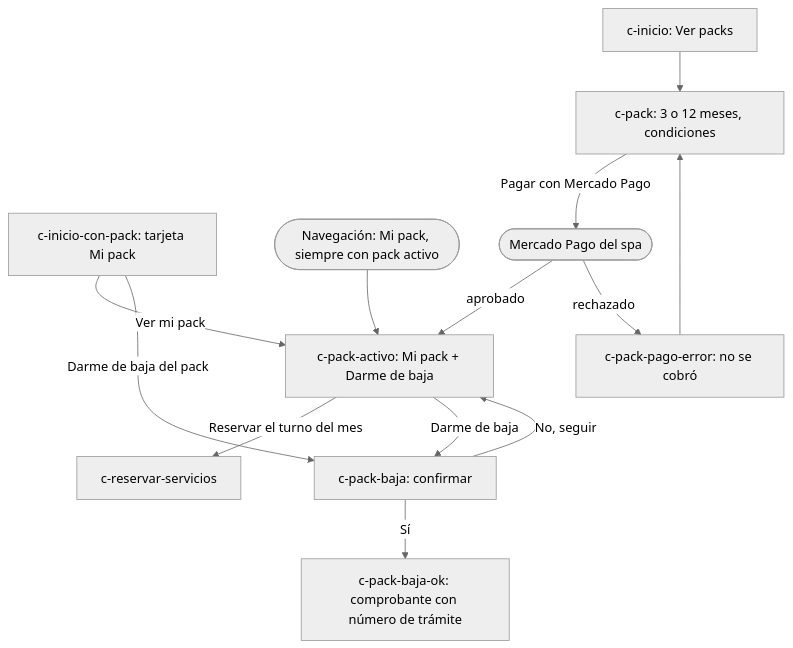
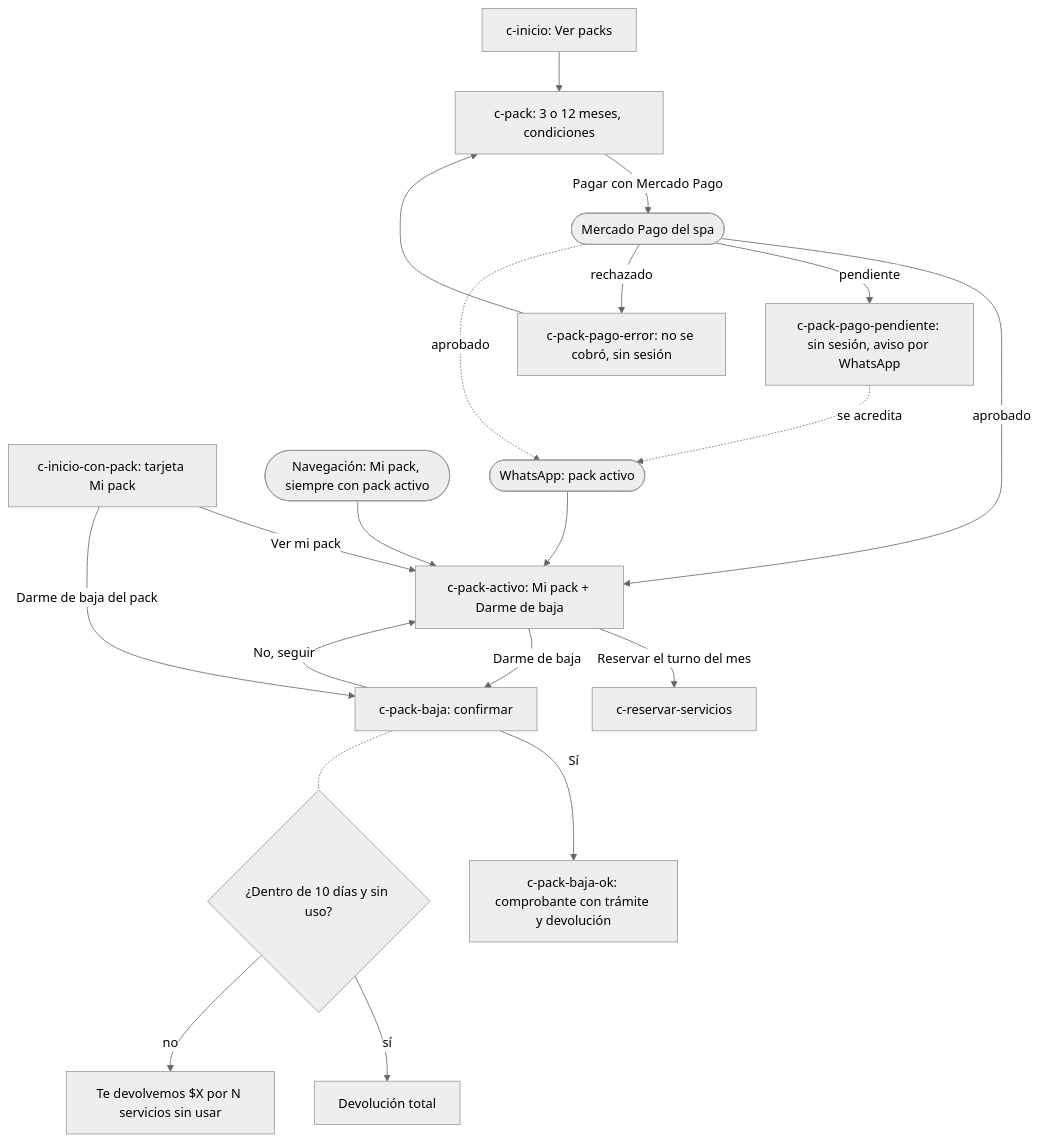
The fifth of 8 diagrams in initiatives/spa-reservas-mvp/flows.md (gm2dev/coop-agents-design), drawn with Mermaid (neutral theme) before and after one commit. The commit also changed other lines of this file and 60 other files, not shown here.

````diff
--- a/initiatives/spa-reservas-mvp/flows.md
+++ b/initiatives/spa-reservas-mvp/flows.md
@@ -69,14 +70,20 @@
 ```mermaid
 flowchart TD
   A[c-inicio: Ver packs] --> P[c-pack: 3 o 12 meses, condiciones]
   I2[c-inicio-con-pack: tarjeta Mi pack] -->|Ver mi pack| OK
   I2 -->|Darme de baja del pack| B
   N([Navegación: Mi pack, siempre con pack activo]) --> OK
   P -->|Pagar con Mercado Pago| MP([Mercado Pago del spa])
   MP -->|aprobado| OK[c-pack-activo: Mi pack + Darme de baja]
-  MP -->|rechazado| E[c-pack-pago-error: no se cobró] --> P
+  MP -->|pendiente| PE[c-pack-pago-pendiente: sin sesión, aviso por WhatsApp]
+  PE -.->|se acredita| WA([WhatsApp: pack activo]) --> OK
+  MP -->|rechazado| E[c-pack-pago-error: no se cobró, sin sesión] --> P
+  MP -.->|aprobado| WA
   OK -->|Reservar el turno del mes| S[c-reservar-servicios]
   OK -->|Darme de baja| B[c-pack-baja: confirmar]
   B -->|No, seguir| OK
-  B -->|Sí| BO[c-pack-baja-ok: comprobante con número de trámite]
+  B -->|Sí| BO[c-pack-baja-ok: comprobante con trámite y devolución]
+  B -.- R{¿Dentro de 10 días y sin uso?}
+  R -->|sí| R1[Devolución total]
+  R -->|no| R2[Te devolvemos $X por N servicios sin usar]
 ```
````
